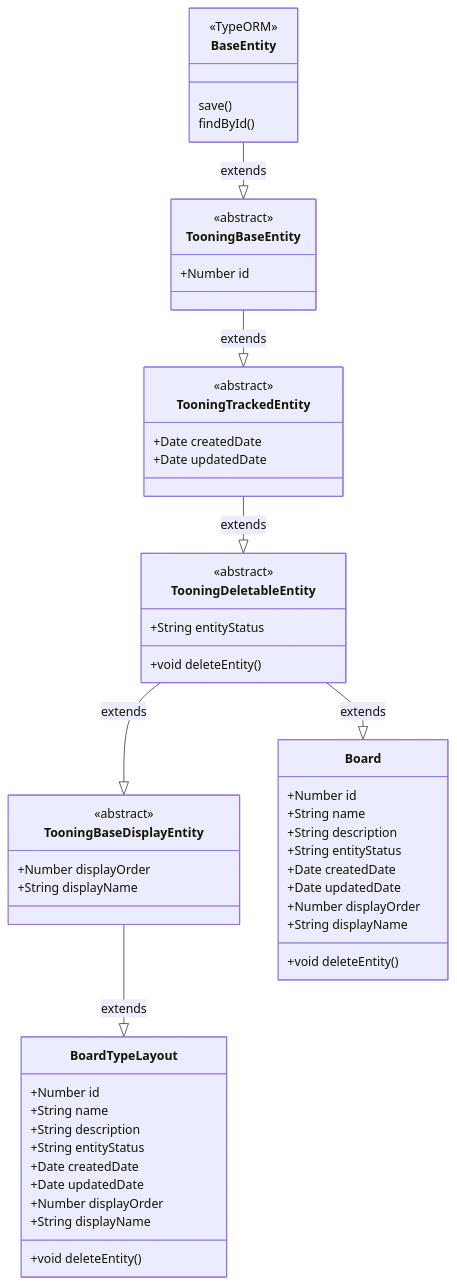
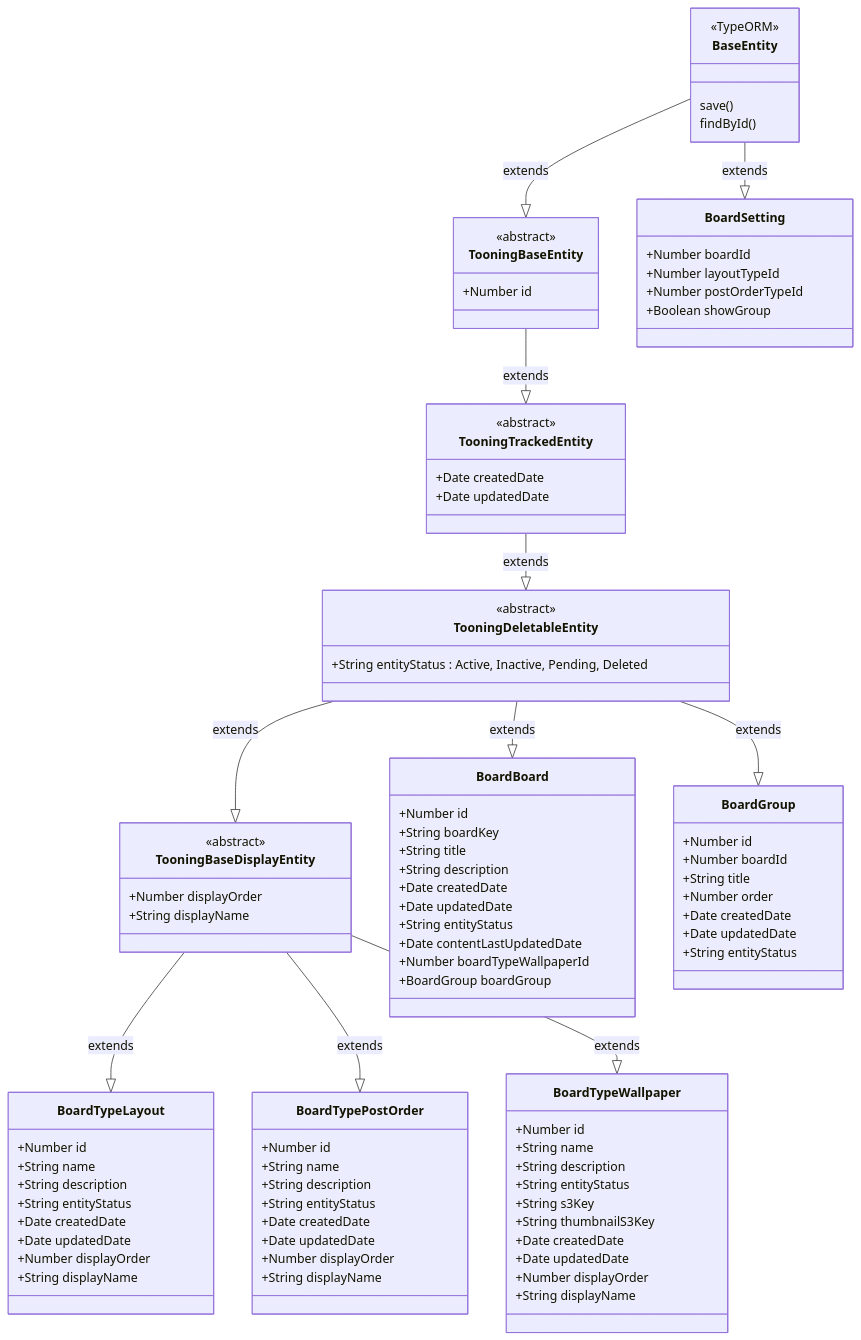
The fourth of 5 diagrams in WBS-shp7408-01.md (shp7408/career-wbs), drawn with Mermaid before and after one commit. The commit also changed other lines of this file, not shown here.

````diff
--- a/WBS-shp7408-01.md
+++ b/WBS-shp7408-01.md
@@ -57,22 +177,68 @@
         <<abstract>>
         +Number id
     }
-    class TooningTrackedEntity {
+
+    class TooningTrackedEntity{
         <<abstract>>
         +Date createdDate
         +Date updatedDate
     }
-    class TooningDeletableEntity {
+
+    class TooningDeletableEntity{
         <<abstract>>
-        +String entityStatus
-        +void deleteEntity()
+        +String entityStatus : Active, Inactive, Pending, Deleted
     }
-    class TooningBaseDisplayEntity {
+
+    class TooningBaseDisplayEntity{
         <<abstract>>
         +Number displayOrder
         +String displayName
     }
-    class Board {
+
+    class BoardBoard{
+        +Number id
+        +String boardKey
+        +String title
+        +String description
+        +Date createdDate
+        +Date updatedDate
+        +String entityStatus
+        +Date contentLastUpdatedDate
+        +Number boardTypeWallpaperId
+        +BoardGroup boardGroup
+    }
+
+    class BoardGroup{
+        +Number id
+        +Number boardId
+        +String title
+        +Number order
+        +Date createdDate
+        +Date updatedDate
+        +String entityStatus
+    }
+
+    class BoardTypeWallpaper{
+        +Number id
+        +String name
+        +String description
+        +String entityStatus
+        +String s3Key
+        +String thumbnailS3Key
+        +Date createdDate
+        +Date updatedDate
+        +Number displayOrder
+        +String displayName
+    }
+
+    class BoardSetting{
+        +Number boardId
+        +Number layoutTypeId
+        +Number postOrderTypeId
+        +Boolean showGroup
+    }
+
+    class BoardTypeLayout{
         +Number id
         +String name
         +String description
@@ -81,10 +247,9 @@
         +Date updatedDate
         +Number displayOrder
         +String displayName
-        +void deleteEntity()
     }
 
-    class BoardTypeLayout {
+    class BoardTypePostOrder{
         +Number id
         +String name
         +String description
@@ -93,15 +258,19 @@
         +Date updatedDate
         +Number displayOrder
         +String displayName
-        +void deleteEntity()
     }
 
     BaseEntity --|> TooningBaseEntity : extends
     TooningBaseEntity --|> TooningTrackedEntity : extends
     TooningTrackedEntity --|> TooningDeletableEntity  : extends
     TooningDeletableEntity --|> TooningBaseDisplayEntity  : extends
-    TooningDeletableEntity --|> Board  : extends
+    TooningDeletableEntity --|> BoardBoard  : extends
     TooningBaseDisplayEntity --|> BoardTypeLayout : extends
+    TooningBaseDisplayEntity --|> BoardTypePostOrder : extends
+    TooningBaseDisplayEntity --|> BoardTypeWallpaper : extends
+    TooningDeletableEntity --|> BoardGroup : extends
+    BaseEntity --|> BoardSetting : extends
+
 
 
 ```
````
